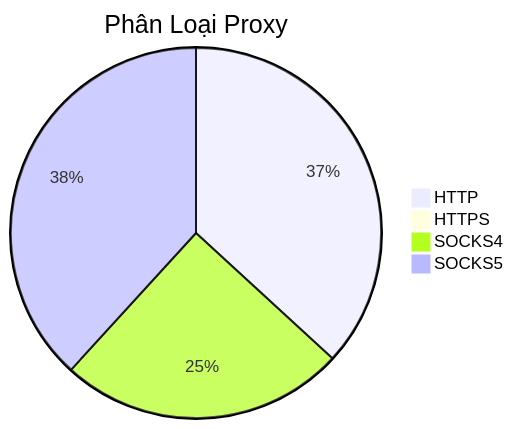
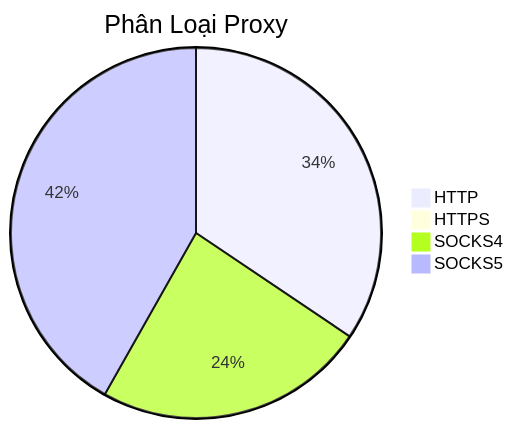
Before and after one commit to Ciara-12/PROXY-free: the diagram in README.md, drawn with Mermaid. The commit also changed other lines of this file and 4 other files, not shown here.

````diff
--- a/README.md
+++ b/README.md
@@ -26,7 +26,7 @@
 ```mermaid
 pie title Phân Loại Proxy
-    "HTTP" : 608
-    "HTTPS" : 4
-    "SOCKS4" : 412
-    "SOCKS5" : 631
+    "HTTP" : 513
+    "HTTPS" : 2
+    "SOCKS4" : 354
+    "SOCKS5" : 623
 ```
````
